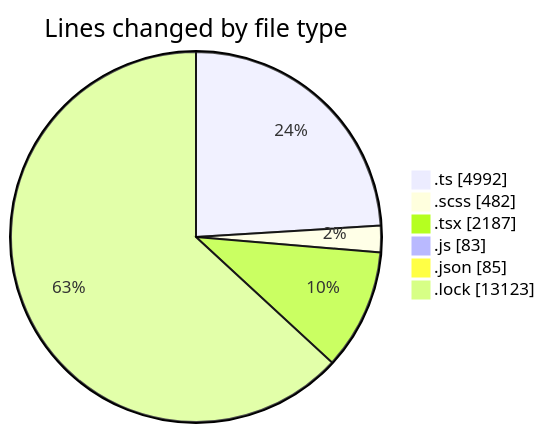
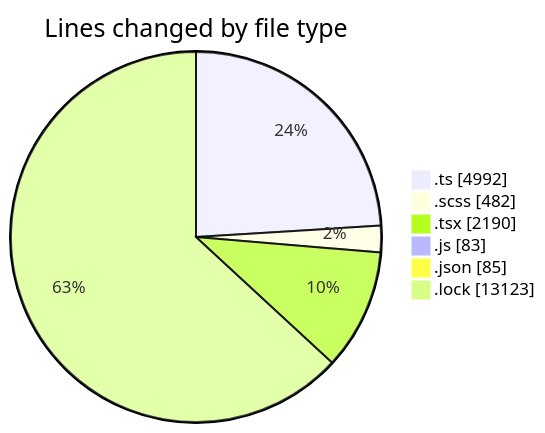
Before and after one commit to momahboobian/code-tracking: the first of 2 diagrams in 2025-09-12/cda/README.md, drawn with Mermaid. The commit also changed other lines of this file and 1 other file, not shown here.

````diff
--- a/2025-09-12/cda/README.md
+++ b/2025-09-12/cda/README.md
@@ -34,10 +34,10 @@
 ```mermaid
 pie showData
 title Lines changed by file type
 ".ts" : 4992
 ".scss" : 482
-".tsx" : 2187
+".tsx" : 2190
 ".js" : 83
 ".json" : 85
 ".lock" : 13123
 ```
````
